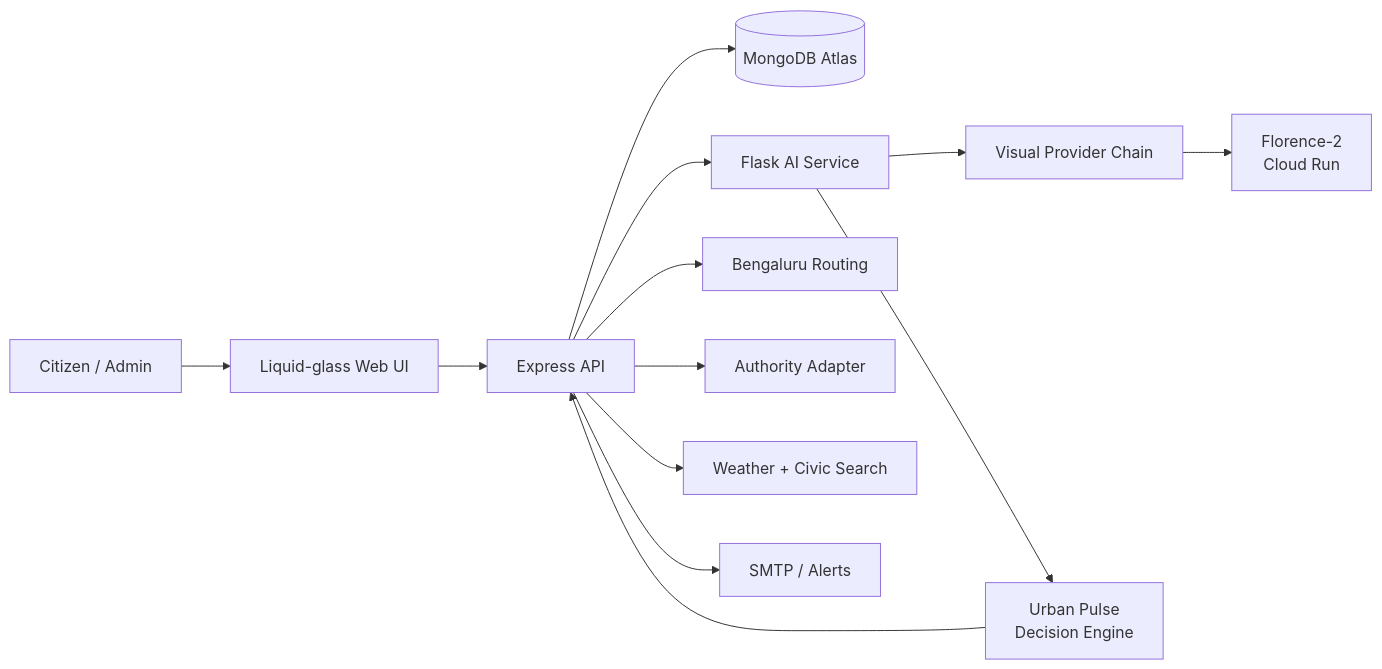
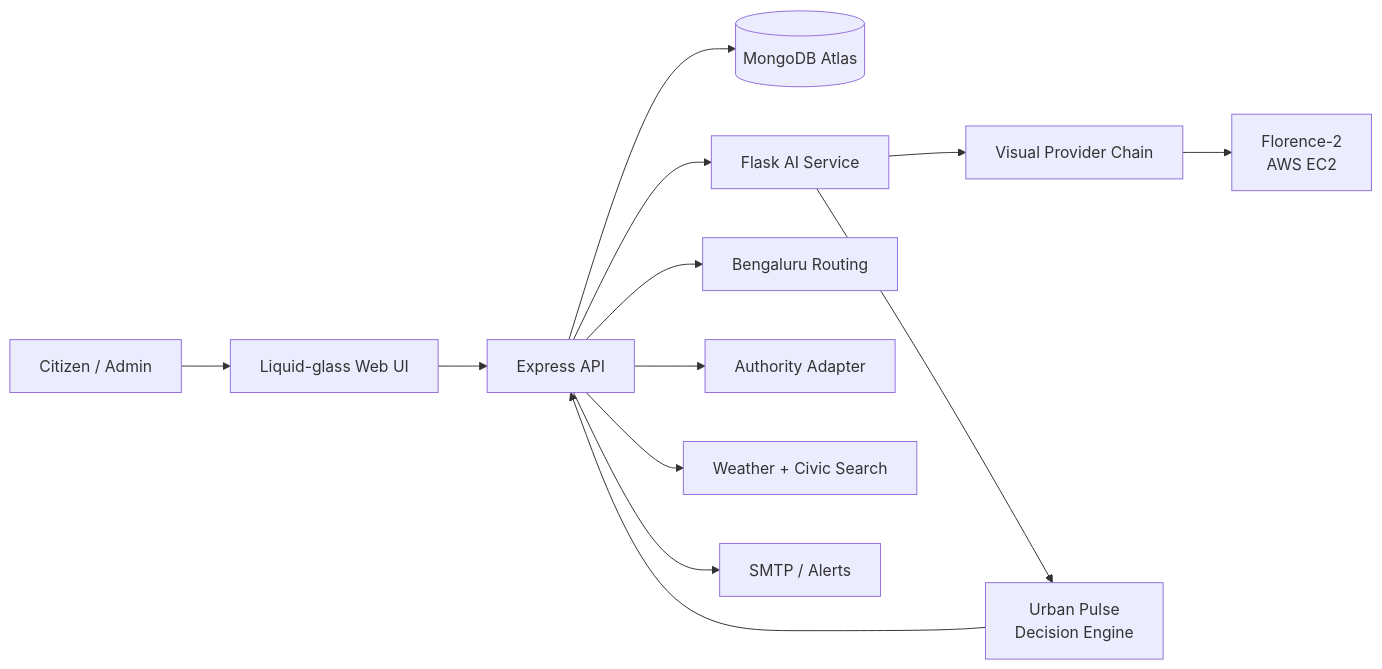
Before and after one commit to Shreyas0047/Ai-powered-Smart-Community-Problem-Detection: the first of 2 diagrams in README.md, drawn with Mermaid. The commit also changed other lines of this file and 6 other files, not shown here.

```diff
--- a/README.md
+++ b/README.md
@@ -76,15 +76,15 @@
 ~~~mermaid
 flowchart LR
     Citizen[Citizen / Admin] --> UI[Liquid-glass Web UI]
     UI --> API[Express API]
     API --> DB[(MongoDB Atlas)]
     API --> AI[Flask AI Service]
     AI --> Vision[Visual Provider Chain]
-    Vision --> Florence[Florence-2<br/>Cloud Run]
+    Vision --> Florence[Florence-2<br/>AWS EC2]
     AI --> Decision[Urban Pulse<br/>Decision Engine]
     Decision --> API
     API --> Route[Bengaluru Routing]
     API --> Authority[Authority Adapter]
     API --> Context[Weather + Civic Search]
     API --> Mail[SMTP / Alerts]
 ~~~
```
